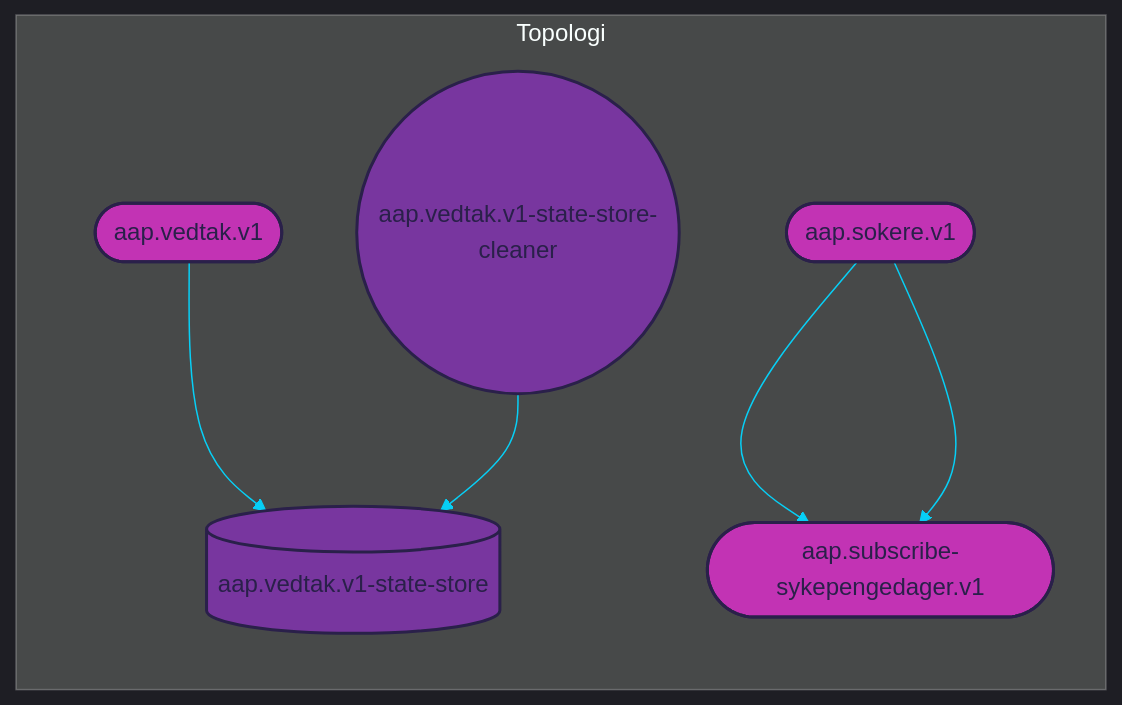
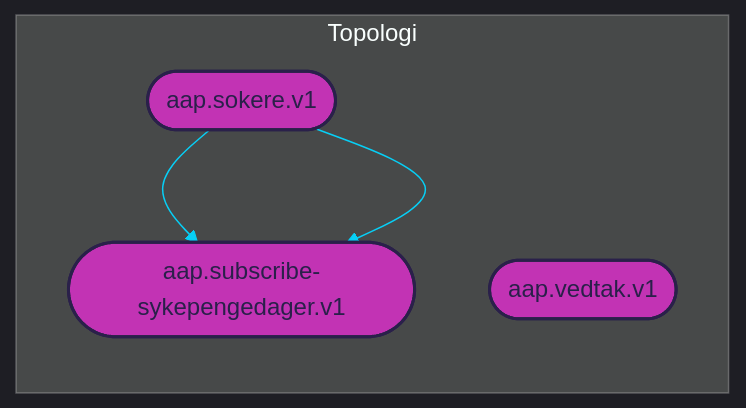
The diagram in docs/topology.mmd (navikt/aap-bot), drawn with Mermaid before and after one commit. The commit also changed other lines of this file and 4 other files, not shown here.

```diff
--- a/docs/topology.mmd
+++ b/docs/topology.mmd
@@ -1,62 +1,60 @@
 
 %%{init: {'theme': 'dark', 'themeVariables': { 'primaryColor': '#07cff6', 'textColor': '#dad9e0', 'lineColor': '#07cff6'}}}%%
 
 graph LR
 
 subgraph Topologi
     %% TOPICS
     aap.sokere.v1([aap.sokere.v1])
 	aap.subscribe-sykepengedager.v1([aap.subscribe-sykepengedager.v1])
 	aap.vedtak.v1([aap.vedtak.v1])
 
     %% JOINS
     
 
     %% STATE PROCESSORS
     
     
     %% STATE STORES
-    aap.vedtak.v1-state-store[(aap.vedtak.v1-state-store)]
+    
     
     %% DATABASES
     
     
 
     %% PROCESSOR API JOBS
-    aap.vedtak.v1-state-store-cleaner((aap.vedtak.v1-state-store-cleaner))
+    
     
     %% JOIN STREAMS
     
 
     %% TABLE STREAMS
-    aap.vedtak.v1 --> aap.vedtak.v1-state-store
+    
 
     %% JOB STREAMS
-    aap.vedtak.v1-state-store-cleaner --> aap.vedtak.v1-state-store
+    
     
     %% BRANCH STREAMS
     aap.sokere.v1 --> aap.subscribe-sykepengedager.v1
 
     %% REPARTITION STREAMS
     
     
     %% BASIC STREAMS
     aap.sokere.v1 --> aap.subscribe-sykepengedager.v1
     
     %% CUSTOM PROCESS STREAMS
     
 end
 
 %% COLORS
 %% light    #dad9e0
 %% purple   #78369f
 %% pink     #c233b4
 %% dark     #2a204a
 %% blue     #07cff6
 
 %% STYLES
 style aap.sokere.v1 fill:#c233b4, stroke:#2a204a, stroke-width:2px, color:#2a204a
 style aap.subscribe-sykepengedager.v1 fill:#c233b4, stroke:#2a204a, stroke-width:2px, color:#2a204a
 style aap.vedtak.v1 fill:#c233b4, stroke:#2a204a, stroke-width:2px, color:#2a204a
-style aap.vedtak.v1-state-store fill:#78369f, stroke:#2a204a, stroke-width:2px, color:#2a204a
-style aap.vedtak.v1-state-store-cleaner fill:#78369f, stroke:#2a204a, stroke-width:2px, color:#2a204a
```
